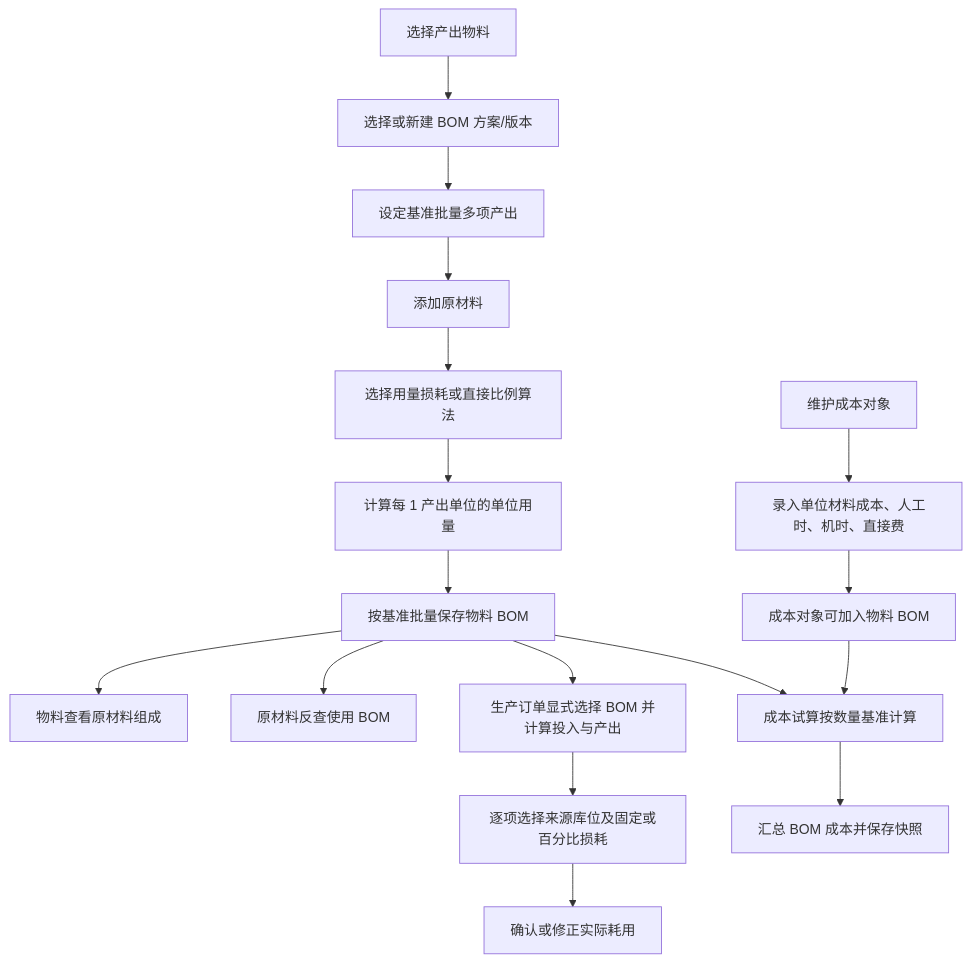
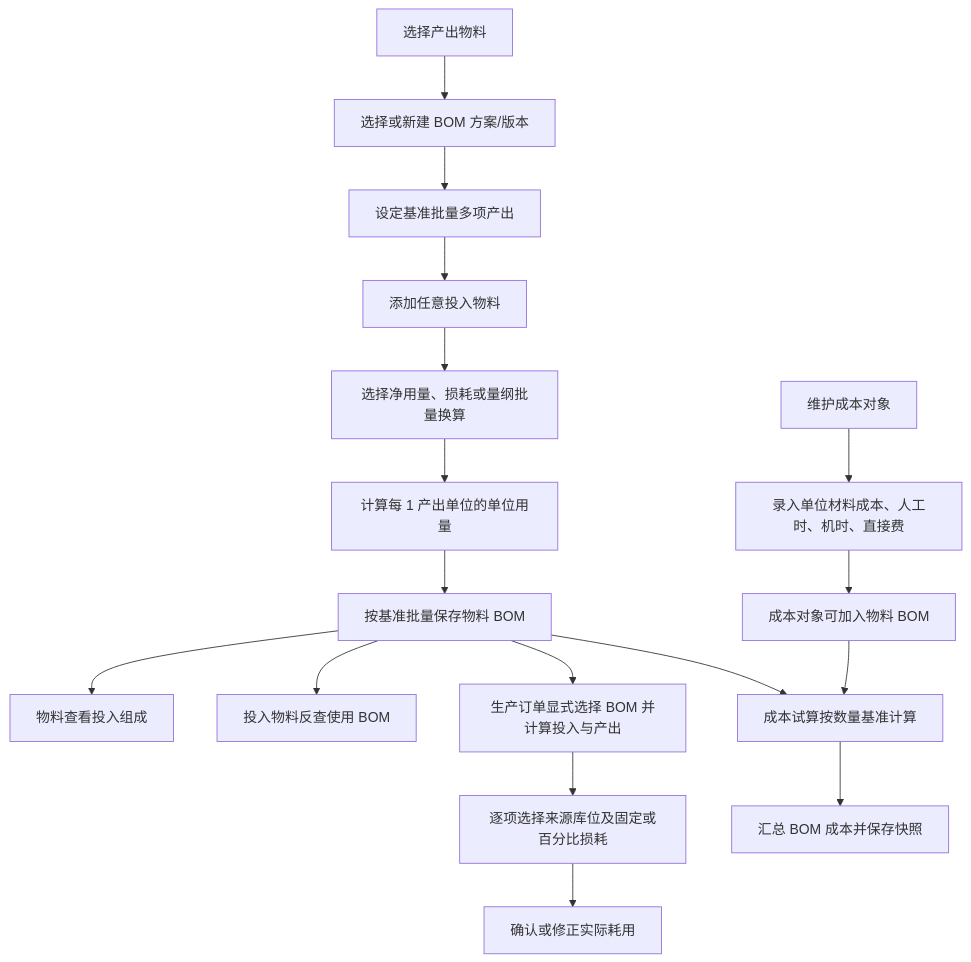
Diagram 13 of 17 in docs/minierp/system-function-flow.md (goldf2/mes-lite), drawn with Mermaid before and after one commit. The commit also changed other lines of this file and 18 other files, not shown here.

````diff
--- a/docs/minierp/system-function-flow.md
+++ b/docs/minierp/system-function-flow.md
@@ -417,19 +417,19 @@
 ```mermaid
 flowchart TD
   A["选择产出物料"] --> V["选择或新建 BOM 方案/版本"]
   V --> Q["设定基准批量多项产出"]
-  Q --> B["添加原材料"]
-  B --> C["选择用量损耗或直接比例算法"]
+  Q --> B["添加任意投入物料"]
+  B --> C["选择净用量、损耗或量纲批量换算"]
   C --> R["计算每 1 产出单位的单位用量"]
   R --> D["按基准批量保存物料 BOM"]
-  D --> E["物料查看原材料组成"]
-  D --> F["原材料反查使用 BOM"]
+  D --> E["物料查看投入组成"]
+  D --> F["投入物料反查使用 BOM"]
   D --> G["成本试算按数量基准计算"]
   D --> P["生产订单显式选择 BOM 并计算投入与产出"]
   P --> L["逐项选择来源库位及固定或百分比损耗"]
   L --> M["确认或修正实际耗用"]
   H["维护成本对象"] --> I["录入单位材料成本、人工时、机时、直接费"]
   I --> J["成本对象可加入物料 BOM"]
   J --> G
   G --> K["汇总 BOM 成本并保存快照"]
 ```
````
